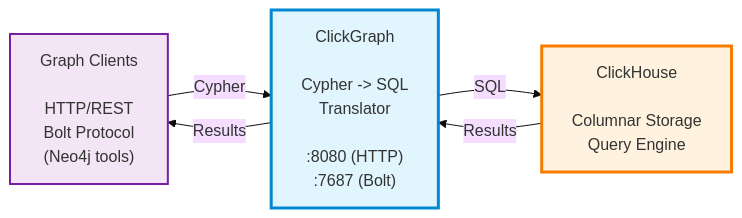
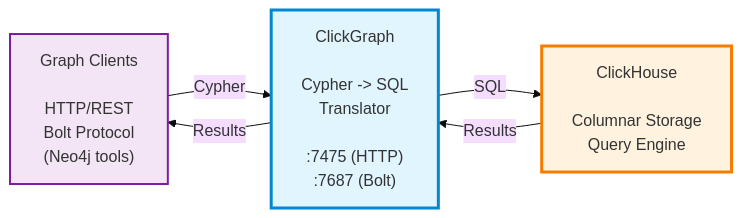
The diagram in README.md (genezhang/clickgraph), drawn with Mermaid (base theme) before and after one commit. The commit also changed other lines of this file and 278 other files, not shown here.

````diff
--- a/README.md
+++ b/README.md
@@ -85,17 +85,17 @@
 ```mermaid
 flowchart LR
     Clients["Graph Clients<br/><br/>HTTP/REST<br/>Bolt Protocol<br/>(Neo4j tools)"]
 
-    ClickGraph["ClickGraph<br/><br/>Cypher -> SQL<br/>Translator<br/><br/>:8080 (HTTP)<br/>:7687 (Bolt)"]
+    ClickGraph["ClickGraph<br/><br/>Cypher -> SQL<br/>Translator<br/><br/>:7475 (HTTP)<br/>:7687 (Bolt)"]
 
     ClickHouse["ClickHouse<br/><br/>Columnar Storage<br/>Query Engine"]
 
     Clients -->|Cypher| ClickGraph
     ClickGraph -->|SQL| ClickHouse
     ClickHouse -->|Results| ClickGraph
     ClickGraph -->|Results| Clients
 
     style ClickGraph fill:#e1f5ff,stroke:#0288d1,stroke-width:3px
     style ClickHouse fill:#fff3e0,stroke:#f57c00,stroke-width:3px
     style Clients fill:#f3e5f5,stroke:#7b1fa2,stroke-width:2px
 ```
````
